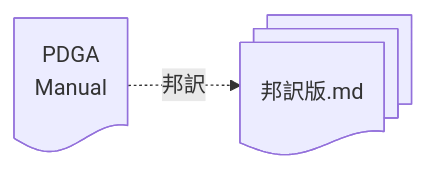
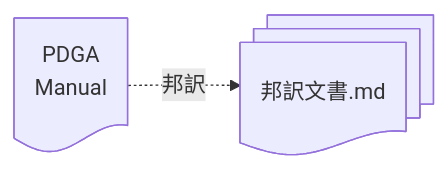
One commit to jpdga-shizuoka/cm changed the diagram in cm/README.md. Above: the diagram before and after it, drawn with Mermaid. The commit also changed other lines of this file and 77 other files, not shown here.

````diff
--- a/cm/README.md
+++ b/cm/README.md
@@ -5,6 +5,6 @@
 ```mermaid
 flowchart LR
     PDGA@{ shape: doc, label: "PDGA\nManual" }
-    SOURCE@{ shape: docs, label: "邦訳版.md" }
+    SOURCE@{ shape: docs, label: "邦訳文書.md" }
     PDGA -. 邦訳 .-> SOURCE
 ```
````
